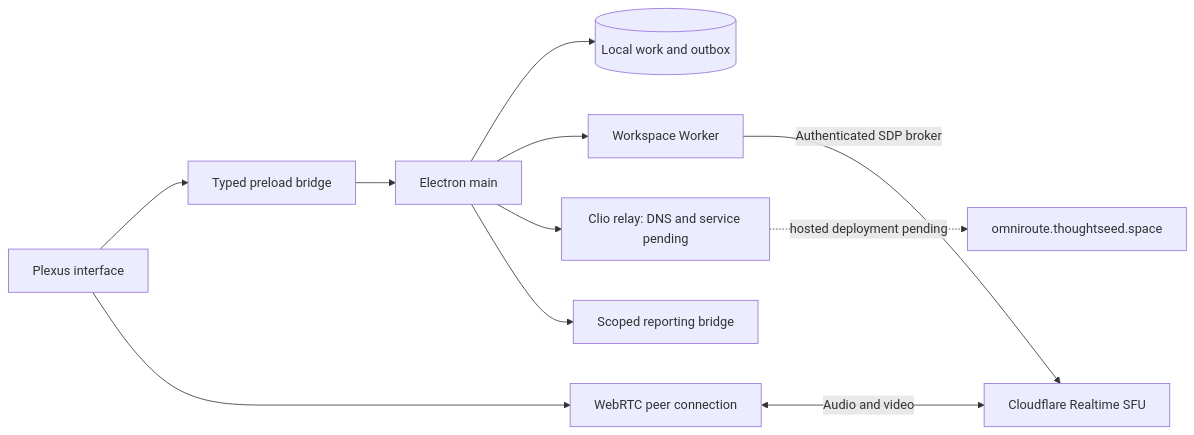
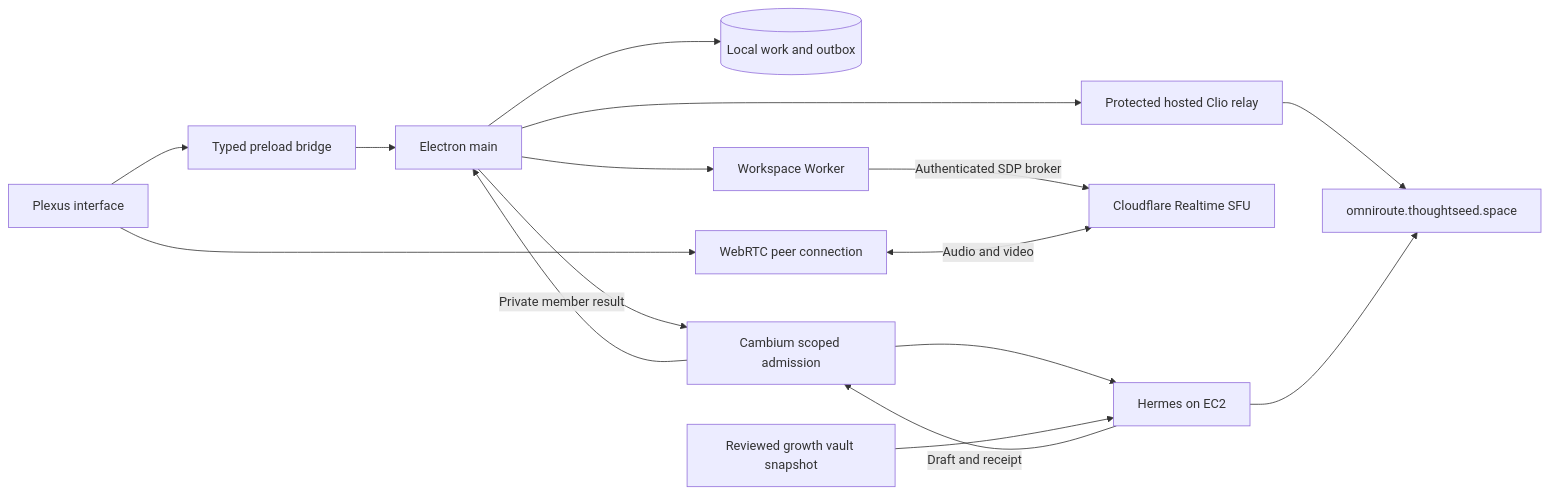
One commit to Sheshiyer/plexus-ts changed the diagram in docs/PLEXUS_PHLOEM_CALLING_REVIEW.md. Above: the diagram before and after it, drawn with Mermaid. The commit also changed other lines of this file and 5 other files, not shown here.

````diff
--- a/docs/PLEXUS_PHLOEM_CALLING_REVIEW.md
+++ b/docs/PLEXUS_PHLOEM_CALLING_REVIEW.md
@@ -25,13 +26,18 @@
 ```mermaid
 flowchart LR
   UI[Plexus interface] --> IPC[Typed preload bridge]
   IPC --> Main[Electron main]
   Main --> Local[(Local work and outbox)]
   Main --> Worker[Workspace Worker]
-  Main --> Relay[Clio relay: DNS and service pending]
-  Relay -. hosted deployment pending .-> Phloem[omniroute.thoughtseed.space]
+  Main --> Relay[Protected hosted Clio relay]
+  Relay --> Phloem[omniroute.thoughtseed.space]
   UI --> RTC[WebRTC peer connection]
   Worker -->|Authenticated SDP broker| SFU[Cloudflare Realtime SFU]
   RTC <-->|Audio and video| SFU
-  Main --> Hermes[Scoped reporting bridge]
+  Main --> Cambium[Cambium scoped admission]
+  Cambium --> Hermes[Hermes on EC2]
+  Vault[Reviewed growth vault snapshot] --> Hermes
+  Hermes --> Phloem
+  Hermes -->|Draft and receipt| Cambium
+  Cambium -->|Private member result| Main
 ```
````
